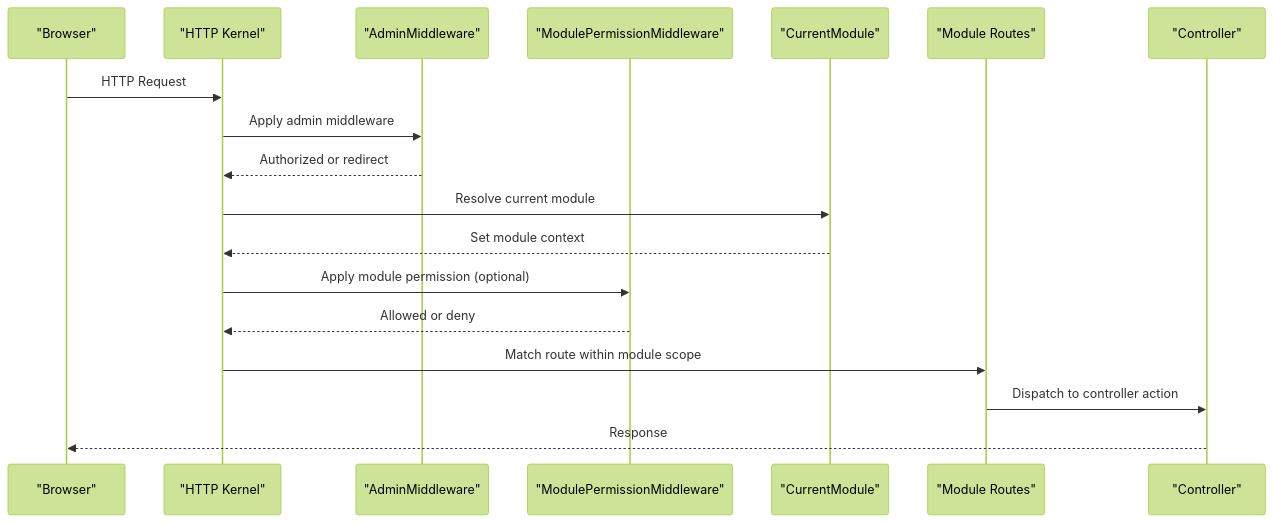
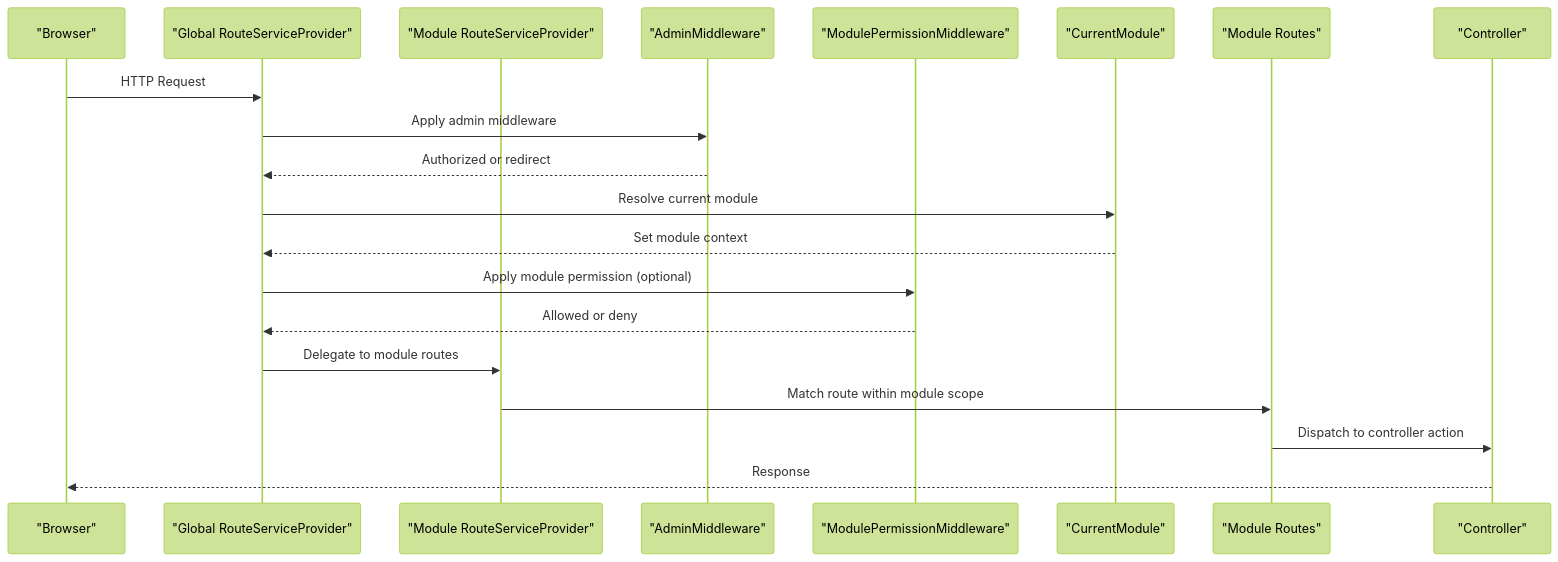
One commit to Hamdies/waddy_back changed the second of 4 diagrams in .qoder/repowiki/en/content/Module System/Routing and Middleware Integration.md. Above: the diagram before and after it, drawn with Mermaid (forest theme). The commit also changed other lines of this file and 5 other files, not shown here.

````diff
--- a/.qoder/repowiki/en/content/Module System/Routing and Middleware Integration.md
+++ b/.qoder/repowiki/en/content/Module System/Routing and Middleware Integration.md
@@ -104,20 +135,22 @@
 ```mermaid
 sequenceDiagram
 participant Browser as "Browser"
-participant Kernel as "HTTP Kernel"
+participant GlobalRouteSP as "Global RouteServiceProvider"
+participant ModuleRouteSP as "Module RouteServiceProvider"
 participant MW_Admin as "AdminMiddleware"
 participant MW_Module as "ModulePermissionMiddleware"
 participant MW_Current as "CurrentModule"
 participant ModuleRoutes as "Module Routes"
 participant Controller as "Controller"
-Browser->>Kernel : HTTP Request
-Kernel->>MW_Admin : Apply admin middleware
-MW_Admin-->>Kernel : Authorized or redirect
-Kernel->>MW_Current : Resolve current module
-MW_Current-->>Kernel : Set module context
-Kernel->>MW_Module : Apply module permission (optional)
-MW_Module-->>Kernel : Allowed or deny
-Kernel->>ModuleRoutes : Match route within module scope
+Browser->>GlobalRouteSP : HTTP Request
+GlobalRouteSP->>MW_Admin : Apply admin middleware
+MW_Admin-->>GlobalRouteSP : Authorized or redirect
+GlobalRouteSP->>MW_Current : Resolve current module
+MW_Current-->>GlobalRouteSP : Set module context
+GlobalRouteSP->>MW_Module : Apply module permission (optional)
+MW_Module-->>GlobalRouteSP : Allowed or deny
+GlobalRouteSP->>ModuleRouteSP : Delegate to module routes
+ModuleRouteSP->>ModuleRoutes : Match route within module scope
 ModuleRoutes->>Controller : Dispatch to controller action
 Controller-->>Browser : Response
 ```
````
